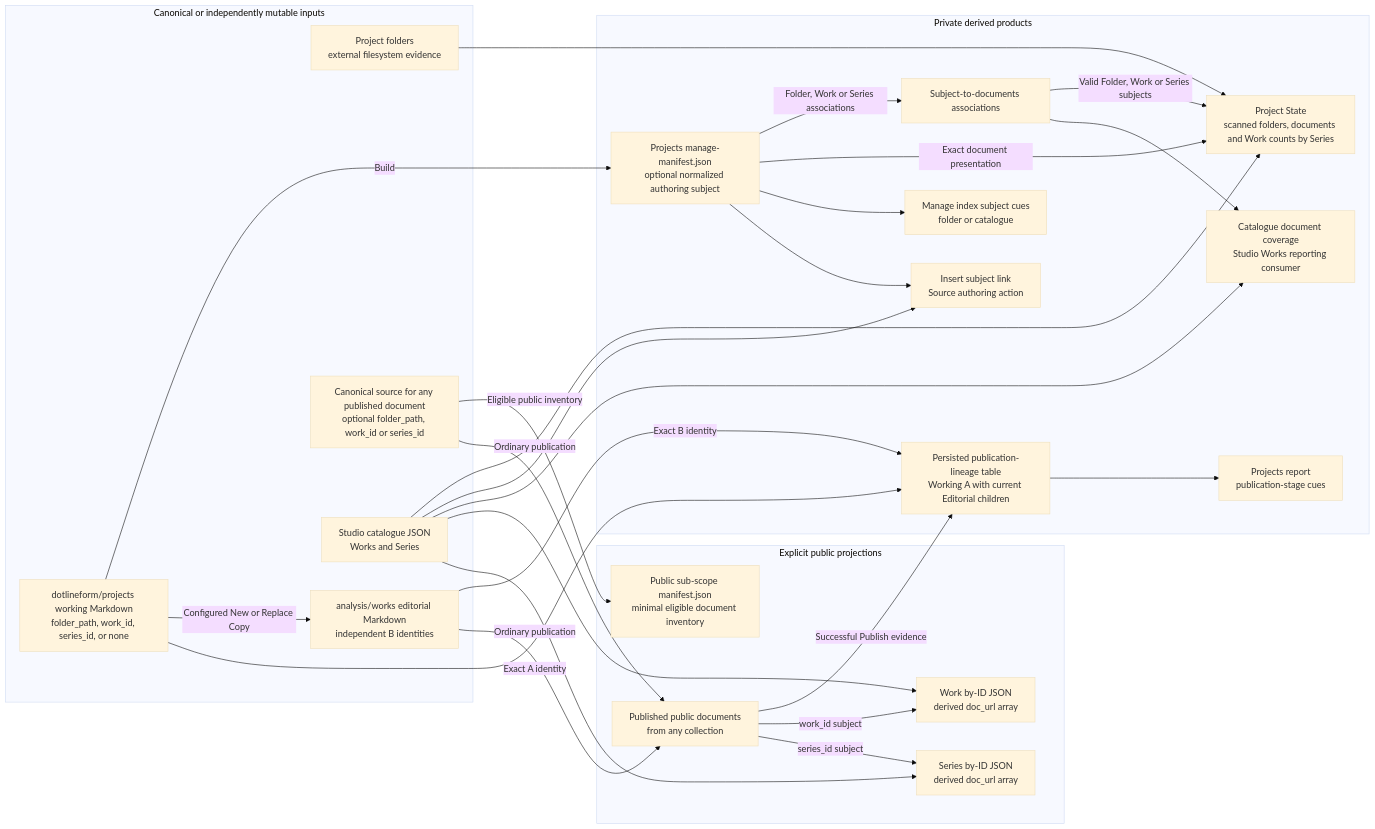
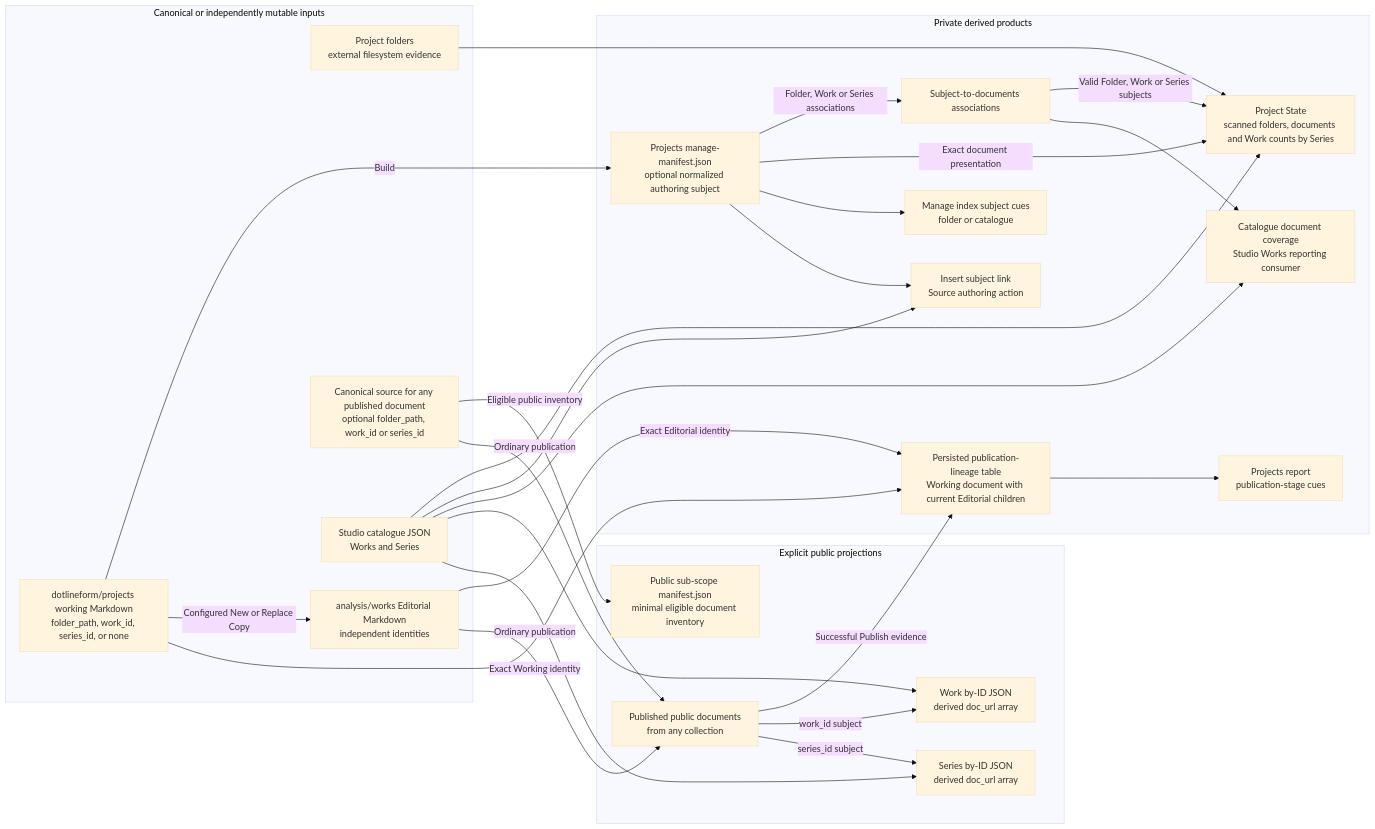
One commit to dotlineform/dotlineform-site changed the first of 3 diagrams in docs-viewer/scopes/studio/source/documents/d-20260802-194358-7717ee.md. Above: the diagram before and after it, drawn with Mermaid (base theme). The commit also changed other lines of this file and 12 other files, not shown here.

````diff
--- a/docs-viewer/scopes/studio/source/documents/d-20260802-194358-7717ee.md
+++ b/docs-viewer/scopes/studio/source/documents/d-20260802-194358-7717ee.md
@@ -21,55 +21,55 @@
 ```mermaid
 flowchart LR
     accTitle: Sub-Scope Publishing ownership and projection map
     accDescr: Canonical document source, canonical Studio JSON, and external folder evidence feed private manifests and focused products; documents published through ordinary configured workflows enter explicit public projections.
 
     subgraph inputs["Canonical or independently mutable inputs"]
         folders["Project folders<br/>external filesystem evidence"]
         projectDocs["dotlineform/projects working Markdown<br/>folder_path, work_id, series_id, or none"]
-        editorialDocs["analysis/works editorial Markdown<br/>independent B identities"]
+        editorialDocs["analysis/works Editorial Markdown<br/>independent identities"]
         publicSourceDocs["Canonical source for any published document<br/>optional folder_path, work_id or series_id"]
         catalogue["Studio catalogue JSON<br/>Works and Series"]
     end
 
     subgraph private["Private derived products"]
         projectManifest["Projects manage-manifest.json<br/>optional normalized authoring subject"]
         associations["Subject-to-documents associations"]
         projectState["Project State<br/>scanned folders, documents and Work counts by Series"]
         manageCues["Manage index subject cues<br/>folder or catalogue"]
         coverageReport["Catalogue document coverage<br/>Studio Works reporting consumer"]
         subjectLink["Insert subject link<br/>Source authoring action"]
-        publicationLineage["Persisted publication-lineage table<br/>Working A with current Editorial children"]
+        publicationLineage["Persisted publication-lineage table<br/>Working document with current Editorial children"]
         publicationCues["Projects report<br/>publication-stage cues"]
     end
 
     subgraph public["Explicit public projections"]
         publicManifest["Public sub-scope manifest.json<br/>minimal eligible document inventory"]
         publishedDocs["Published public documents<br/>from any collection"]
         workPayload["Work by-ID JSON<br/>derived doc_url array"]
         seriesPayload["Series by-ID JSON<br/>derived doc_url array"]
     end
 
     projectDocs -->|"Build"| projectManifest
     projectManifest -->|"Folder, Work or Series associations"| associations
     folders --> projectState
     catalogue --> projectState
     projectManifest -->|"Exact document presentation"| projectState
     associations -->|"Valid Folder, Work or Series subjects"| projectState
     projectManifest --> manageCues
     projectManifest --> subjectLink
     catalogue --> subjectLink
     associations --> coverageReport
     catalogue --> coverageReport
     projectDocs -->|"Configured New or Replace Copy"| editorialDocs
-    projectDocs -->|"Exact A identity"| publicationLineage
-    editorialDocs -->|"Exact B identity"| publicationLineage
+    projectDocs -->|"Exact Working identity"| publicationLineage
+    editorialDocs -->|"Exact Editorial identity"| publicationLineage
     publicationLineage --> publicationCues
     publicSourceDocs -->|"Eligible public inventory"| publicManifest
     publicSourceDocs -->|"Ordinary publication"| publishedDocs
     editorialDocs -->|"Ordinary publication"| publishedDocs
     publishedDocs -->|"Successful Publish evidence"| publicationLineage
     publishedDocs -->|"work_id subject"| workPayload
     publishedDocs -->|"series_id subject"| seriesPayload
     catalogue --> workPayload
     catalogue --> seriesPayload
 ```
````
